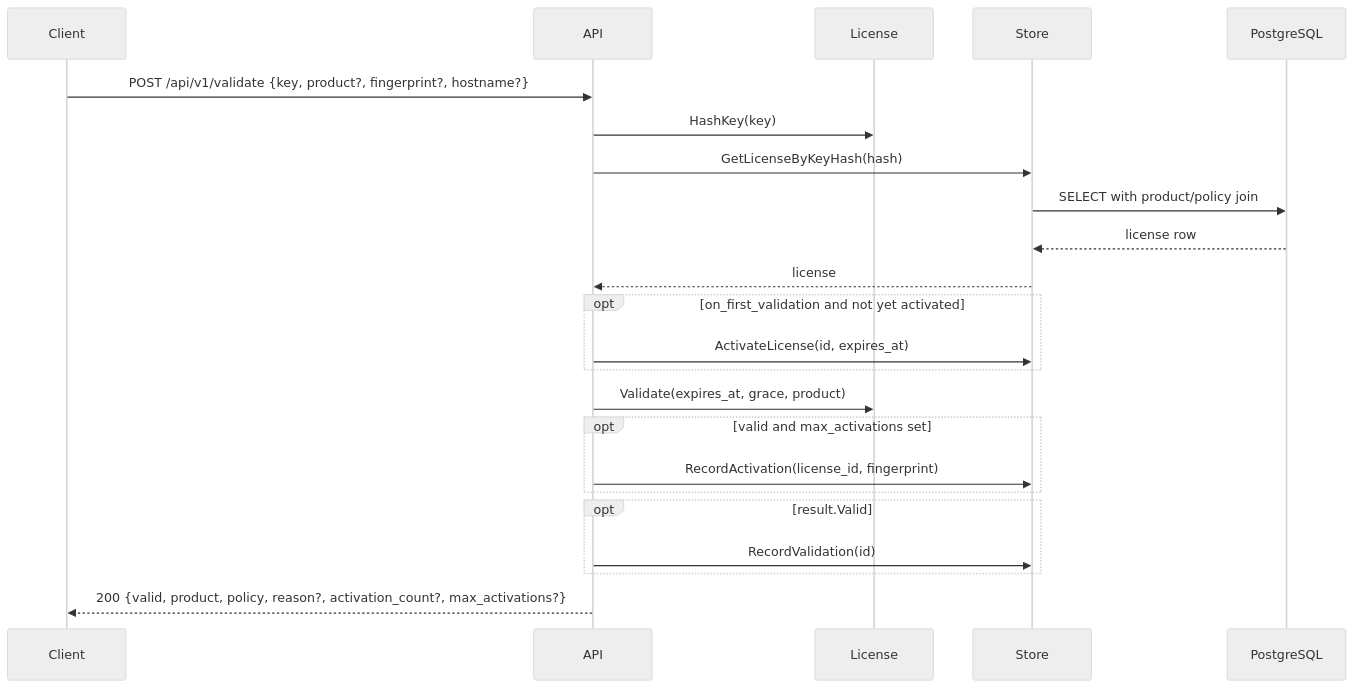
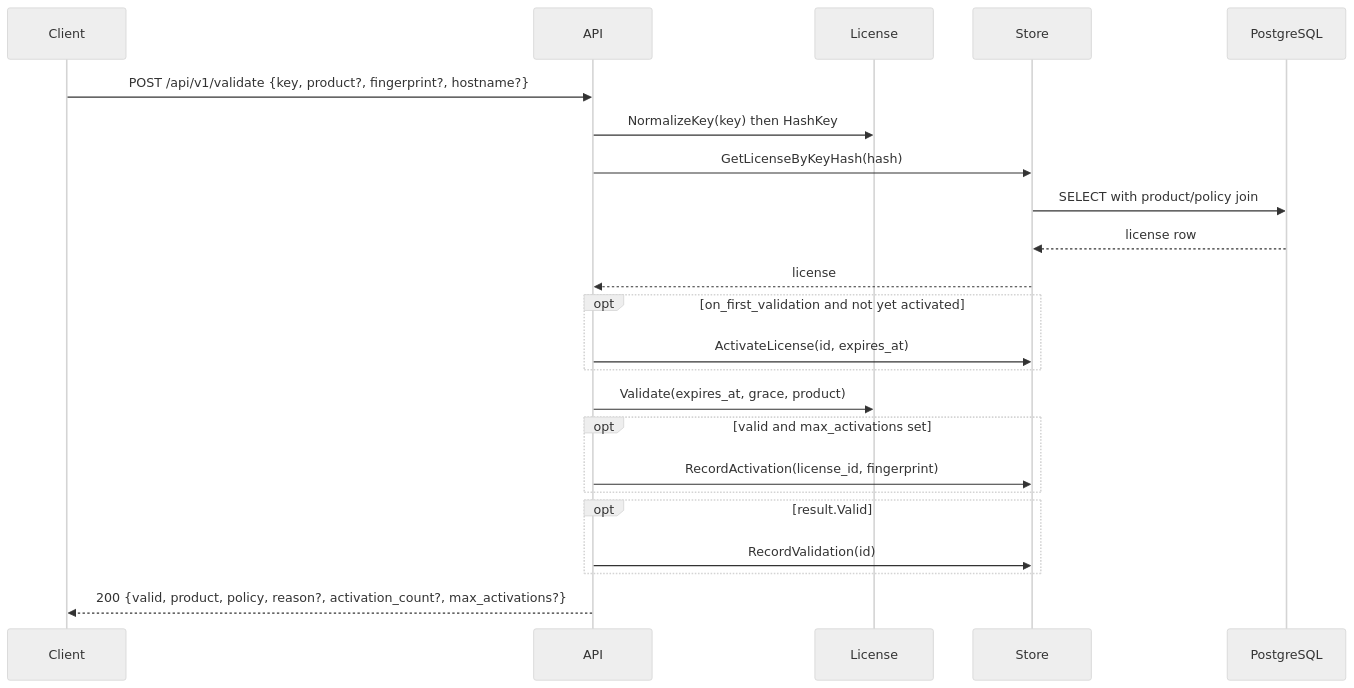
One commit to alvarorg14/openlicensd changed the third of 5 diagrams in docs/architecture.md. Above: the diagram before and after it, drawn with Mermaid (neutral theme). The commit also changed other lines of this file and 8 other files, not shown here.

First line of the commit message:
fix(license): normalize Crockford keys before SHA-256 hash (#310)

````diff
--- a/docs/architecture.md
+++ b/docs/architecture.md
@@ -229,26 +230,26 @@
 ```mermaid
 sequenceDiagram
   participant Client
   participant API
   participant License
   participant Store
   participant PG as PostgreSQL
 
   Client->>API: POST /api/v1/validate {key, product?, fingerprint?, hostname?}
-  API->>License: HashKey(key)
+  API->>License: NormalizeKey(key) then HashKey
   API->>Store: GetLicenseByKeyHash(hash)
   Store->>PG: SELECT with product/policy join
   PG-->>Store: license row
   Store-->>API: license
   opt on_first_validation and not yet activated
     API->>Store: ActivateLicense(id, expires_at)
   end
   API->>License: Validate(expires_at, grace, product)
   opt valid and max_activations set
     API->>Store: RecordActivation(license_id, fingerprint)
   end
   opt result.Valid
     API->>Store: RecordValidation(id)
   end
   API-->>Client: 200 {valid, product, policy, reason?, activation_count?, max_activations?}
 ```
````
